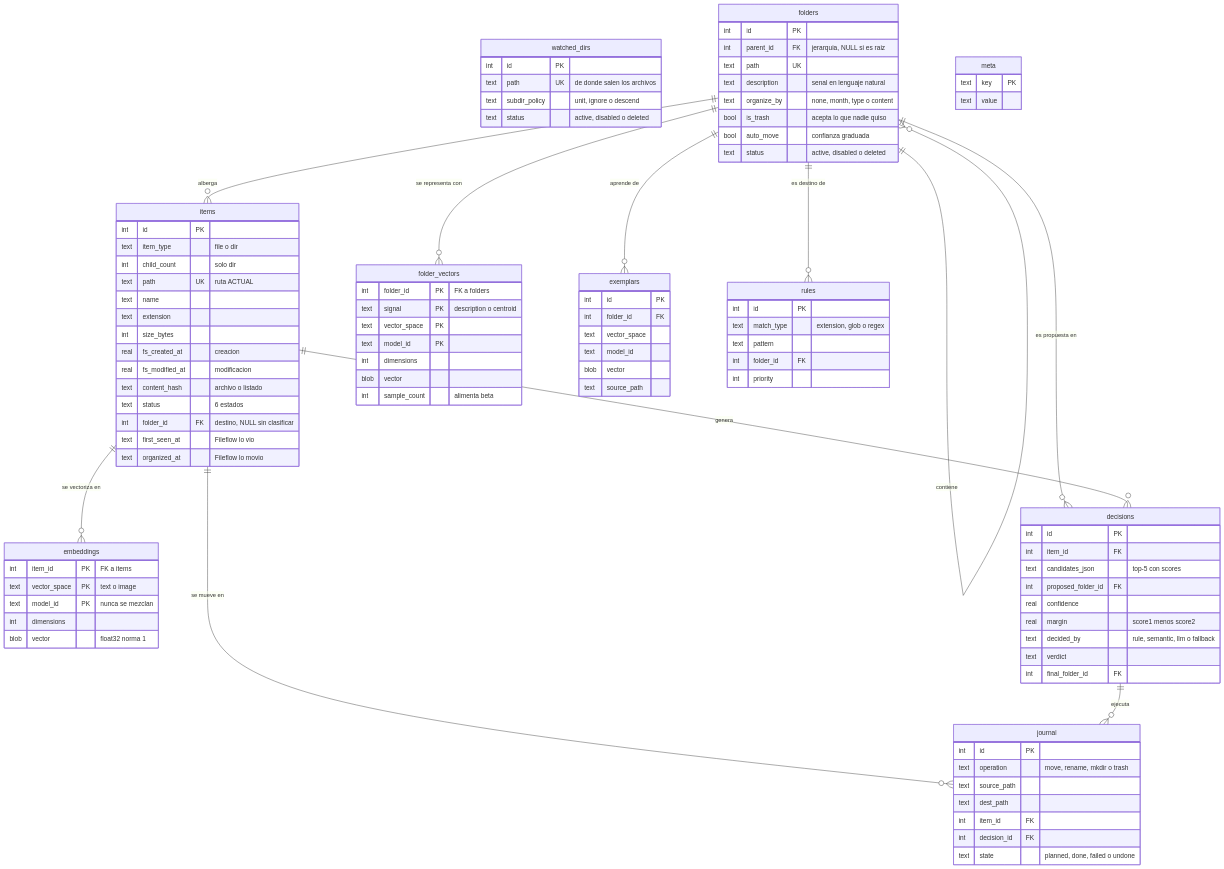
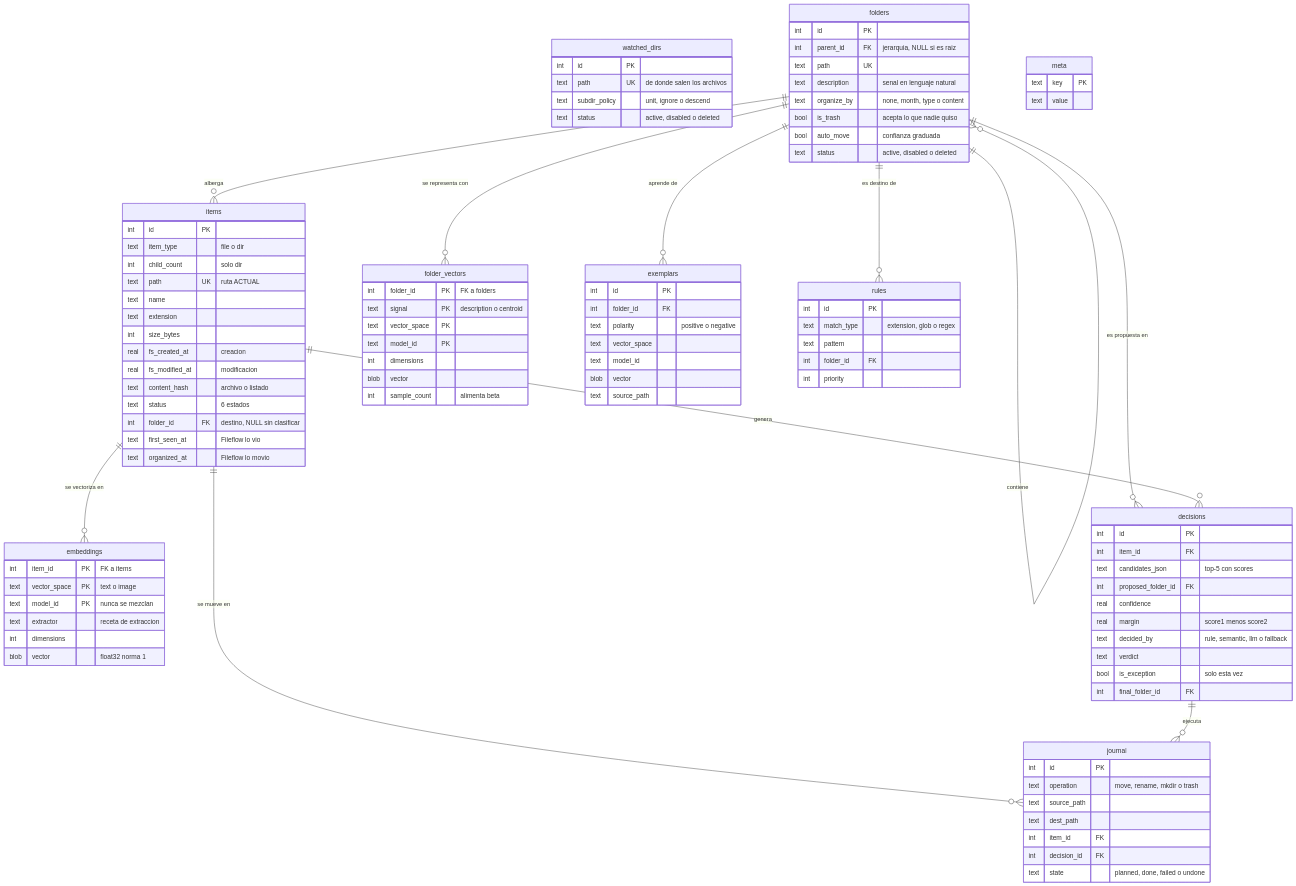
Before and after one commit to JorgeGaviria/Fileflow: the diagram in docs/diagramas/esquema-relacional.md, drawn with Mermaid. The commit also changed other lines of this file and 9 other files, not shown here.

```diff
--- a/docs/diagramas/esquema-relacional.md
+++ b/docs/diagramas/esquema-relacional.md
@@ -48,6 +48,7 @@
         int item_id PK "FK a items"
         text vector_space PK "text o image"
         text model_id PK "nunca se mezclan"
+        text extractor "receta de extraccion"
         int dimensions
         blob vector "float32 norma 1"
     }
@@ -65,6 +66,7 @@
     exemplars {
         int id PK
         int folder_id FK
+        text polarity "positive o negative"
         text vector_space
         text model_id
         blob vector
@@ -88,6 +90,7 @@
         real margin "score1 menos score2"
         text decided_by "rule, semantic, llm o fallback"
         text verdict
+        bool is_exception "solo esta vez"
         int final_folder_id FK
     }
 
```
